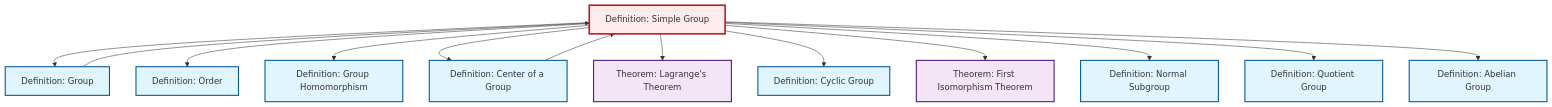
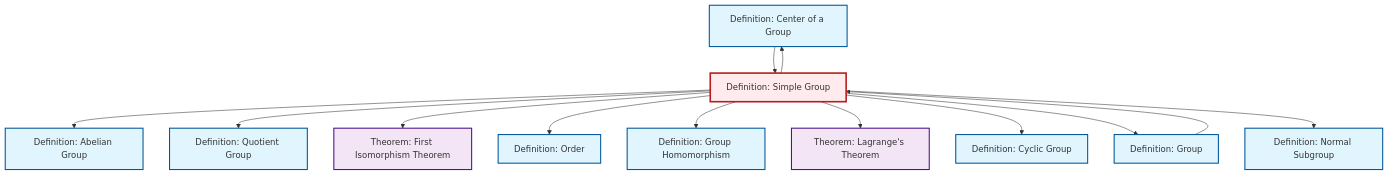
The diagram in content/en/algebra/def-simple-group.qmd (RK0429/ModernMath), drawn with Mermaid before and after one commit. The commit also changed other lines of this file and 1069 other files, not shown here.

````diff
--- a/content/en/algebra/def-simple-group.qmd
+++ b/content/en/algebra/def-simple-group.qmd
@@ -97,43 +97,43 @@
 ```{mermaid}
 %%| fig-cap: "Local dependency graph"
 graph TD
     classDef definition fill:#e1f5fe,stroke:#01579b,stroke-width:2px
     classDef theorem fill:#f3e5f5,stroke:#4a148c,stroke-width:2px
     classDef axiom fill:#fff3e0,stroke:#e65100,stroke-width:2px
     classDef example fill:#e8f5e9,stroke:#1b5e20,stroke-width:2px
     classDef current fill:#ffebee,stroke:#b71c1c,stroke-width:3px
+    thm-lagrange["Theorem: Lagrange's Theorem"]:::theorem
+    def-cyclic-group["Definition: Cyclic Group"]:::definition
+    def-normal-subgroup["Definition: Normal Subgroup"]:::definition
+    def-order["Definition: Order"]:::definition
+    thm-first-isomorphism["Theorem: First Isomorphism Theorem"]:::theorem
+    def-quotient-group["Definition: Quotient Group"]:::definition
+    def-abelian-group["Definition: Abelian Group"]:::definition
+    def-center-of-group["Definition: Center of a Group"]:::definition
+    def-homomorphism["Definition: Group Homomorphism"]:::definition
     def-simple-group["Definition: Simple Group"]:::definition
-    def-cyclic-group["Definition: Cyclic Group"]:::definition
-    def-center-of-group["Definition: Center of a Group"]:::definition
     def-group["Definition: Group"]:::definition
-    thm-first-isomorphism["Theorem: First Isomorphism Theorem"]:::theorem
-    def-order["Definition: Order"]:::definition
-    def-quotient-group["Definition: Quotient Group"]:::definition
-    thm-lagrange["Theorem: Lagrange's Theorem"]:::theorem
-    def-homomorphism["Definition: Group Homomorphism"]:::definition
-    def-normal-subgroup["Definition: Normal Subgroup"]:::definition
-    def-abelian-group["Definition: Abelian Group"]:::definition
-    def-simple-group --> def-group
+    def-simple-group --> def-abelian-group
+    def-center-of-group --> def-simple-group
+    def-simple-group --> def-quotient-group
+    def-simple-group --> thm-first-isomorphism
     def-simple-group --> def-order
     def-simple-group --> def-homomorphism
-    def-center-of-group --> def-simple-group
+    def-simple-group --> thm-lagrange
+    def-group --> def-simple-group
+    def-simple-group --> def-cyclic-group
+    def-simple-group --> def-group
+    def-simple-group --> def-normal-subgroup
     def-simple-group --> def-center-of-group
-    def-simple-group --> thm-lagrange
-    def-simple-group --> def-cyclic-group
-    def-group --> def-simple-group
-    def-simple-group --> thm-first-isomorphism
-    def-simple-group --> def-normal-subgroup
-    def-simple-group --> def-quotient-group
-    def-simple-group --> def-abelian-group
     class def-simple-group current
+    click thm-lagrange "thm-lagrange.html" "Go to Lagrange's Theorem theorem"
     click def-cyclic-group "def-cyclic-group.html" "Go to Cyclic Group definition"
+    click def-normal-subgroup "def-normal-subgroup.html" "Go to Normal Subgroup definition"
+    click def-order "def-order.html" "Go to Order definition"
+    click thm-first-isomorphism "thm-first-isomorphism.html" "Go to First Isomorphism Theorem theorem"
+    click def-quotient-group "def-quotient-group.html" "Go to Quotient Group definition"
+    click def-abelian-group "def-abelian-group.html" "Go to Abelian Group definition"
     click def-center-of-group "def-center-of-group.html" "Go to Center of a Group definition"
+    click def-homomorphism "def-homomorphism.html" "Go to Group Homomorphism definition"
     click def-group "def-group.html" "Go to Group definition"
-    click thm-first-isomorphism "thm-first-isomorphism.html" "Go to First Isomorphism Theorem theorem"
-    click def-order "def-order.html" "Go to Order definition"
-    click def-quotient-group "def-quotient-group.html" "Go to Quotient Group definition"
-    click thm-lagrange "thm-lagrange.html" "Go to Lagrange's Theorem theorem"
-    click def-homomorphism "def-homomorphism.html" "Go to Group Homomorphism definition"
-    click def-normal-subgroup "def-normal-subgroup.html" "Go to Normal Subgroup definition"
-    click def-abelian-group "def-abelian-group.html" "Go to Abelian Group definition"
 ```
````
